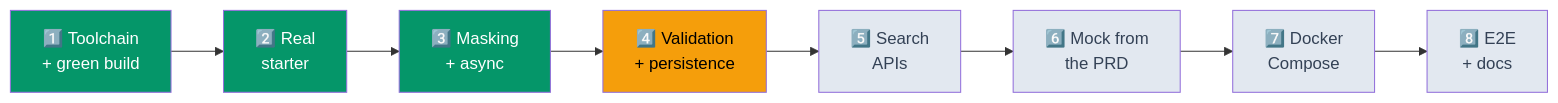
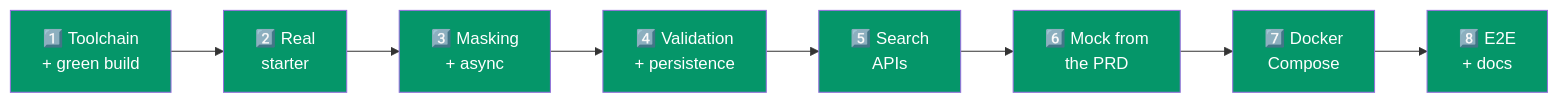
Before and after one commit to abhishjais01/Bharat_Bank: diagram 16 of 18 in ARCHITECTURE.md, drawn with Mermaid. The commit also changed other lines of this file and 2 other files, not shown here.

````diff
--- a/ARCHITECTURE.md
+++ b/ARCHITECTURE.md
@@ -720,14 +855,14 @@
 ```mermaid
 flowchart LR
     S1["1️⃣ Toolchain<br/>+ green build"] --> S2["2️⃣ Real<br/>starter"] --> S3["3️⃣ Masking<br/>+ async"] --> S4["4️⃣ Validation<br/>+ persistence"]
     S4 --> S5["5️⃣ Search<br/>APIs"] --> S6["6️⃣ Mock from<br/>the PRD"] --> S7["7️⃣ Docker<br/>Compose"] --> S8["8️⃣ E2E<br/>+ docs"]
 
     style S1 fill:#059669,color:#fff
     style S2 fill:#059669,color:#fff
     style S3 fill:#059669,color:#fff
-    style S4 fill:#f59e0b,color:#000
-    style S5 fill:#e2e8f0,color:#334155
-    style S6 fill:#e2e8f0,color:#334155
-    style S7 fill:#e2e8f0,color:#334155
-    style S8 fill:#e2e8f0,color:#334155
+    style S4 fill:#059669,color:#fff
+    style S5 fill:#059669,color:#fff
+    style S6 fill:#059669,color:#fff
+    style S7 fill:#059669,color:#fff
+    style S8 fill:#059669,color:#fff
 ```
````
